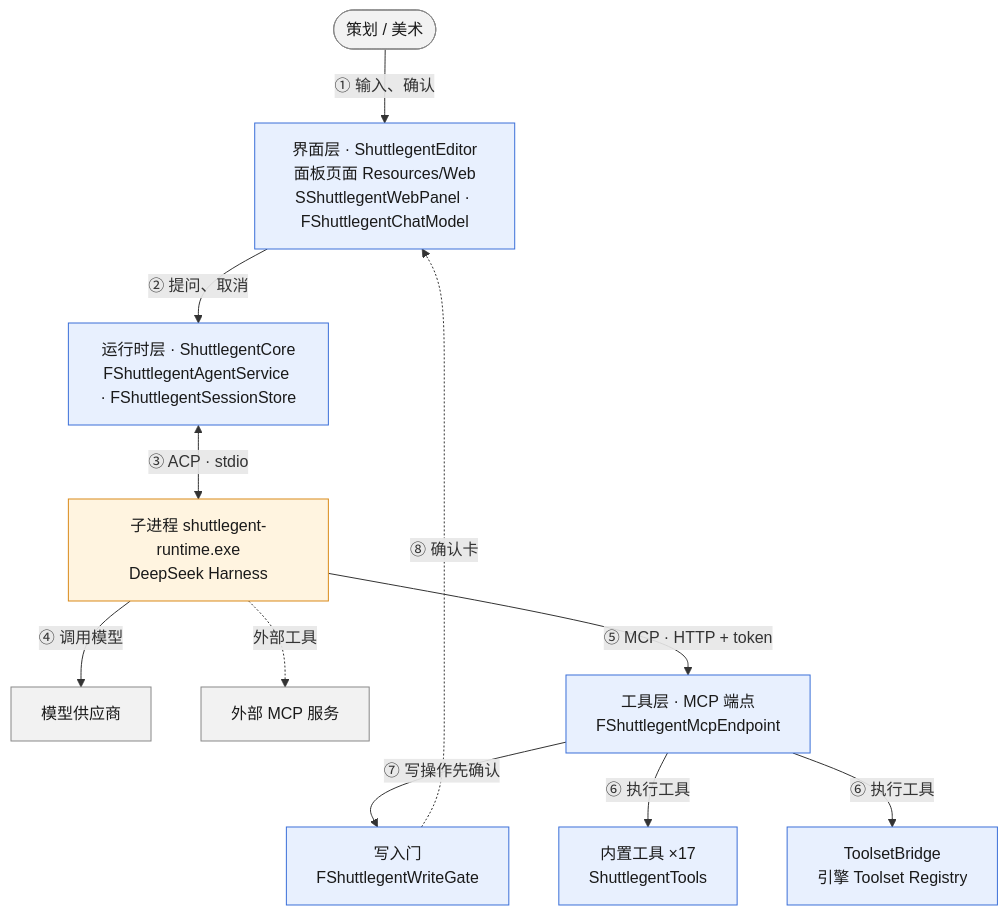
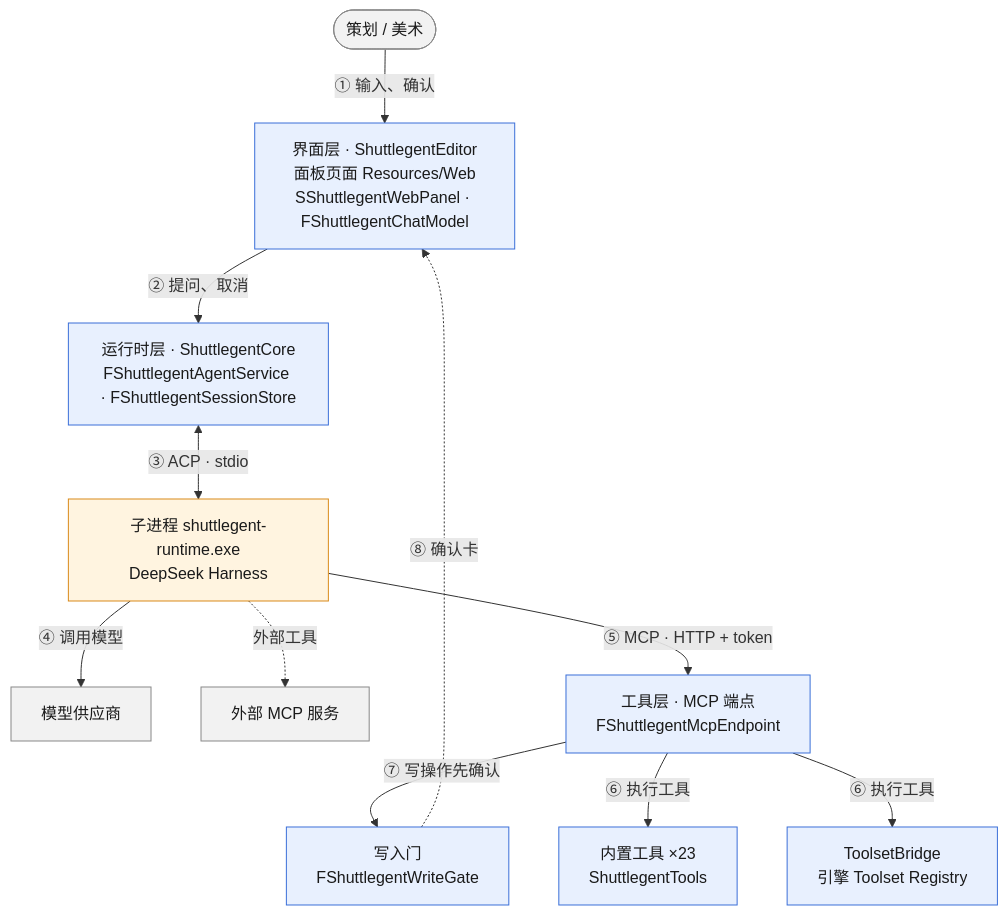
Before and after one commit to Jiajiaju/Shuttlegent: the first of 4 diagrams in Docs/Architecture.md, drawn with Mermaid. The commit also changed other lines of this file and 25 other files, not shown here.

First line of the commit message:
feat: 材质工具与节点图排版

````diff
--- a/Docs/Architecture.md
+++ b/Docs/Architecture.md
@@ -17,31 +17,31 @@
 ```mermaid
 flowchart TB
     User(["策划 / 美术"])
     UI["界面层 · ShuttlegentEditor<br/>面板页面 Resources/Web<br/>SShuttlegentWebPanel · FShuttlegentChatModel"]
     Core["运行时层 · ShuttlegentCore<br/>FShuttlegentAgentService · FShuttlegentSessionStore"]
     Dsh["子进程 shuttlegent-runtime.exe<br/>DeepSeek Harness"]
     LLM["模型供应商"]
     Ext["外部 MCP 服务"]
     Endpoint["工具层 · MCP 端点<br/>FShuttlegentMcpEndpoint"]
     Gate["写入门<br/>FShuttlegentWriteGate"]
-    Builtin["内置工具 ×17<br/>ShuttlegentTools"]
+    Builtin["内置工具 ×23<br/>ShuttlegentTools"]
     Bridge["ToolsetBridge<br/>引擎 Toolset Registry"]
 
     User -- "① 输入、确认" --> UI
     UI -- "② 提问、取消" --> Core
     Core <-- "③ ACP · stdio" --> Dsh
     Dsh -- "④ 调用模型" --> LLM
     Dsh -. "外部工具" .-> Ext
     Dsh -- "⑤ MCP · HTTP + token" --> Endpoint
     Endpoint -- "⑦ 写操作先确认" --> Gate
     Endpoint -- "⑥ 执行工具" --> Builtin
     Endpoint -- "⑥ 执行工具" --> Bridge
     Gate -. "⑧ 确认卡" .-> UI
 
     classDef editor fill:#e8f0fe,stroke:#3b6fd8,color:#1a1a1a
     classDef runtime fill:#fff4e0,stroke:#d98a1a,color:#1a1a1a
     classDef external fill:#f2f2f2,stroke:#888,color:#1a1a1a
     class UI,Core,Endpoint,Gate,Builtin,Bridge editor
     class Dsh runtime
     class LLM,Ext,User external
 ```
````
